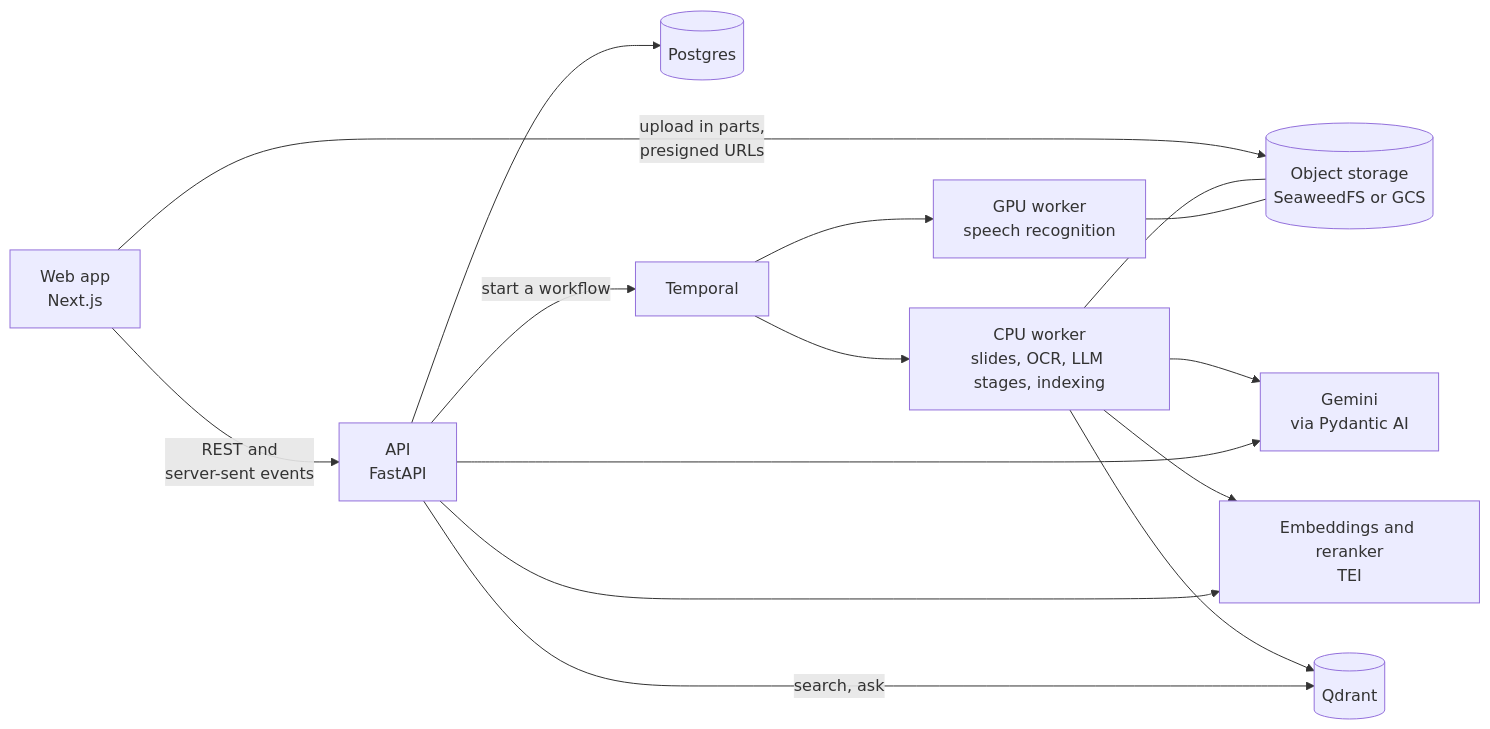
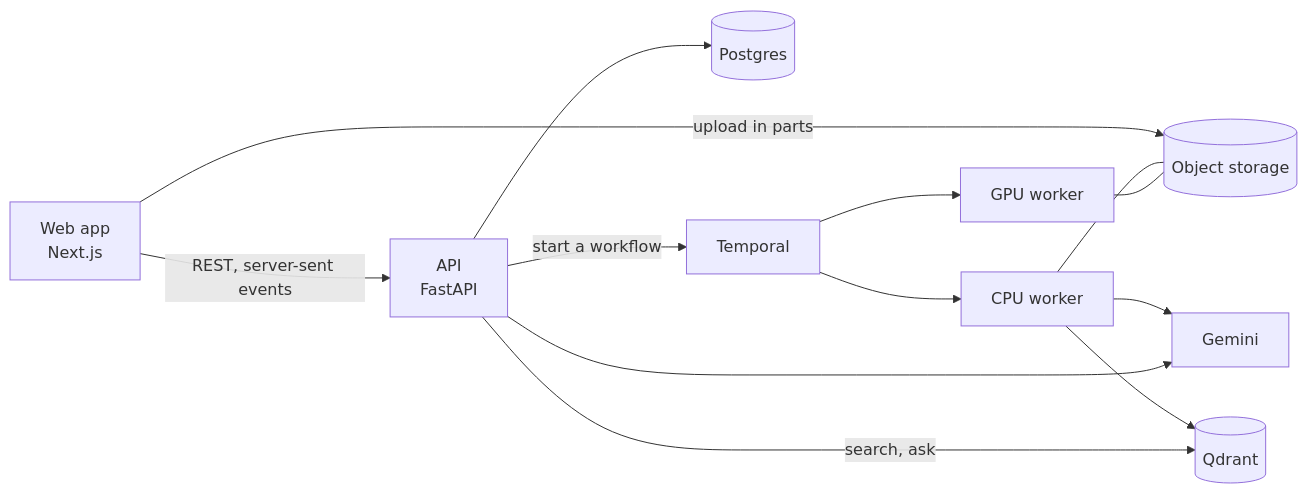
Before and after one commit to leon2378/multimodal-educational-video-summarisation: the first of 2 diagrams in README.md, drawn with Mermaid. The commit also changed other lines of this file, not shown here.

First line of the commit message:
README: diagrams and tables after the screenshots, and the reference collapsed

````diff
--- a/README.md
+++ b/README.md
@@ -72,17 +65,15 @@
 ```mermaid
 flowchart LR
-  web["Web app<br>Next.js"] -- "upload in parts,<br>presigned URLs" --> s3[("Object storage<br>SeaweedFS or GCS")]
-  web -- "REST and<br>server-sent events" --> api["API<br>FastAPI"]
+  web["Web app<br>Next.js"] -- "upload in parts" --> s3[("Object storage")]
+  web -- "REST, server-sent events" --> api["API<br>FastAPI"]
   api --> pg[("Postgres")]
   api -- "start a workflow" --> tmp["Temporal"]
-  tmp --> cpu["CPU worker<br>slides, OCR, LLM stages, indexing"]
-  tmp --> gpu["GPU worker<br>speech recognition"]
-  cpu --> gemini["Gemini<br>via Pydantic AI"]
-  cpu --> tei["Embeddings and reranker<br>TEI"]
+  tmp --> cpu["CPU worker"]
+  tmp --> gpu["GPU worker"]
+  cpu --> gemini["Gemini"]
   cpu --> qdrant[("Qdrant")]
   api -- "search, ask" --> qdrant
-  api --> tei
   api --> gemini
   cpu --- s3
   gpu --- s3
 ```
````
